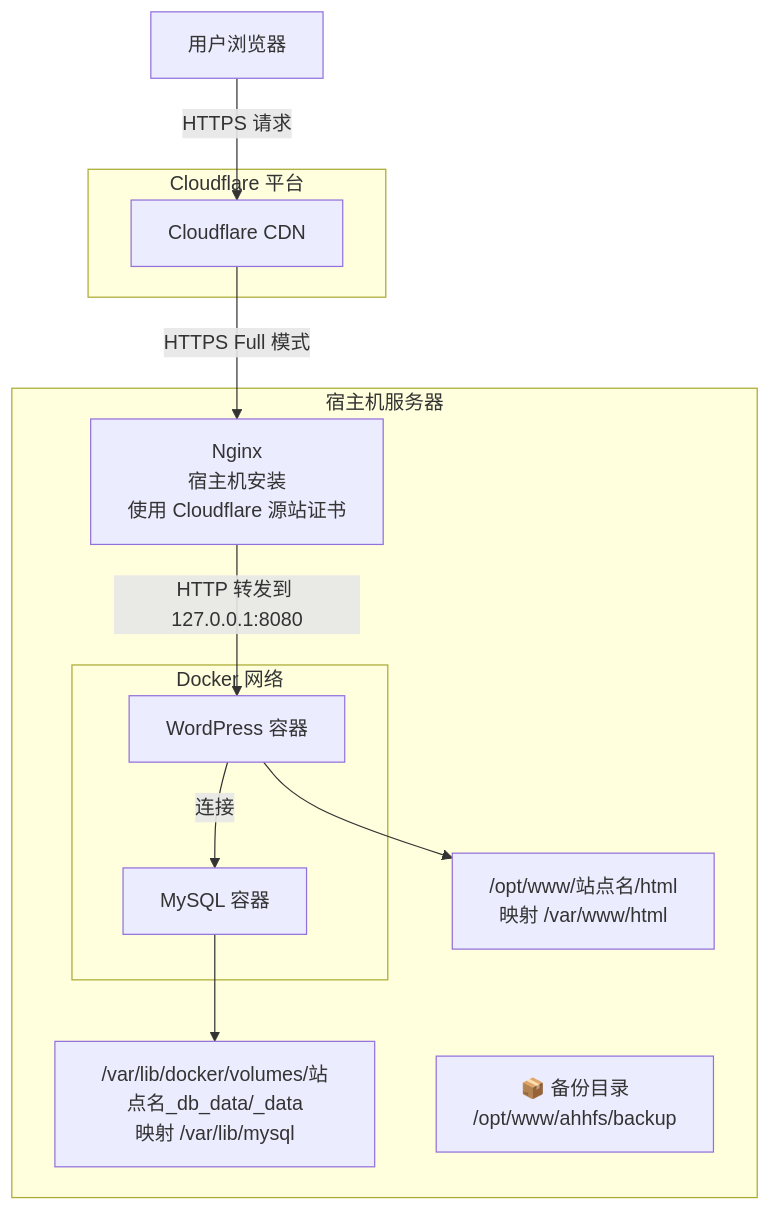
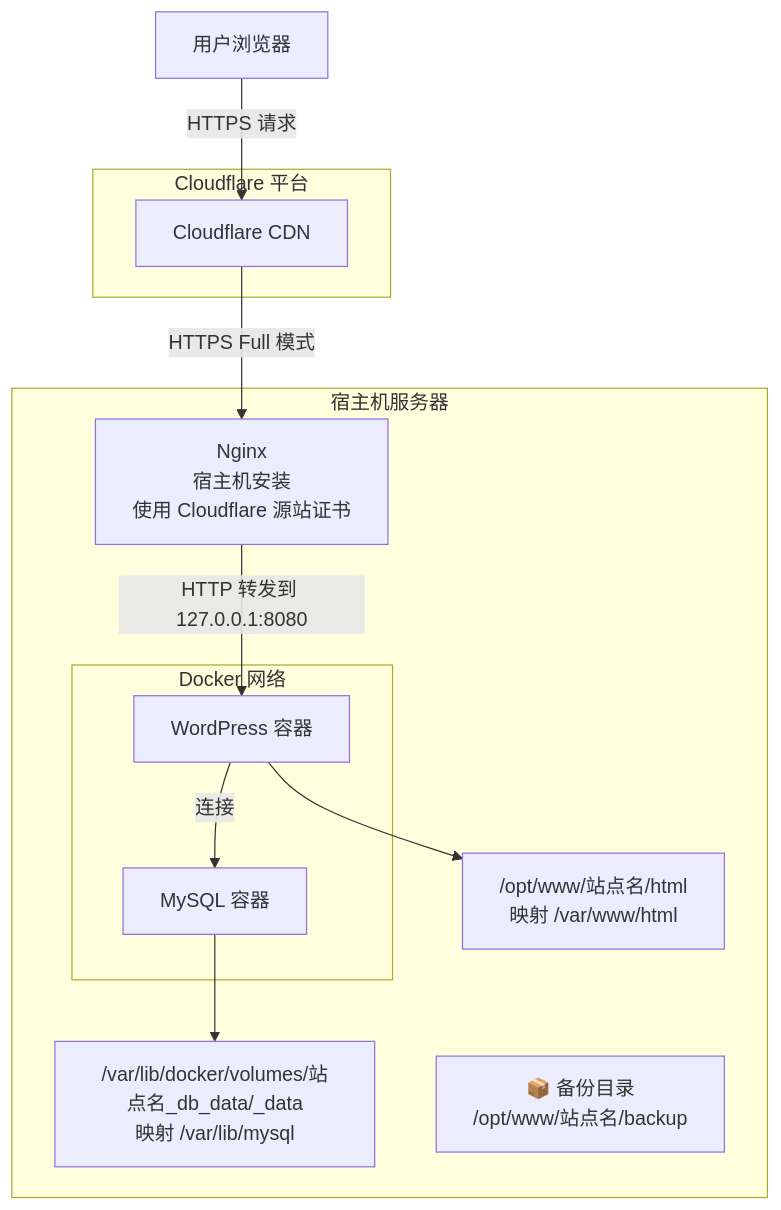
Before and after one commit to dantefung/wp_shell: the diagram in arch.md, drawn with Mermaid.

````diff
--- a/arch.md
+++ b/arch.md
@@ -1,34 +1,34 @@
 ```mermaid
 graph TD
     A[用户浏览器] -->|HTTPS 请求| B[Cloudflare CDN]
 
     B -->|HTTPS Full 模式| C[Nginx<br>宿主机安装<br>使用 Cloudflare 源站证书]
     C -->|HTTP 转发到 127.0.0.1:8080| D[WordPress 容器]
     D -->|连接| E[MySQL 容器]
 
     %% WordPress volume mapping
     D --> F["/opt/www/站点名/html<br>映射 /var/www/html"]
 
     %% MySQL volume mapping
     E --> G["/var/lib/docker/volumes/站点名_db_data/_data<br>映射 /var/lib/mysql"]
 
     %% 备份目录
-    H["📦 备份目录<br>/opt/www/ahhfs/backup"]
+    H["📦 备份目录<br>/opt/www/站点名/backup"]
 
     subgraph 宿主机服务器
         C
         F
         G
         H
         subgraph Docker 网络
             D
             E
         end
     end
 
     subgraph Cloudflare 平台
         B
     end
 
 
 ```
````
